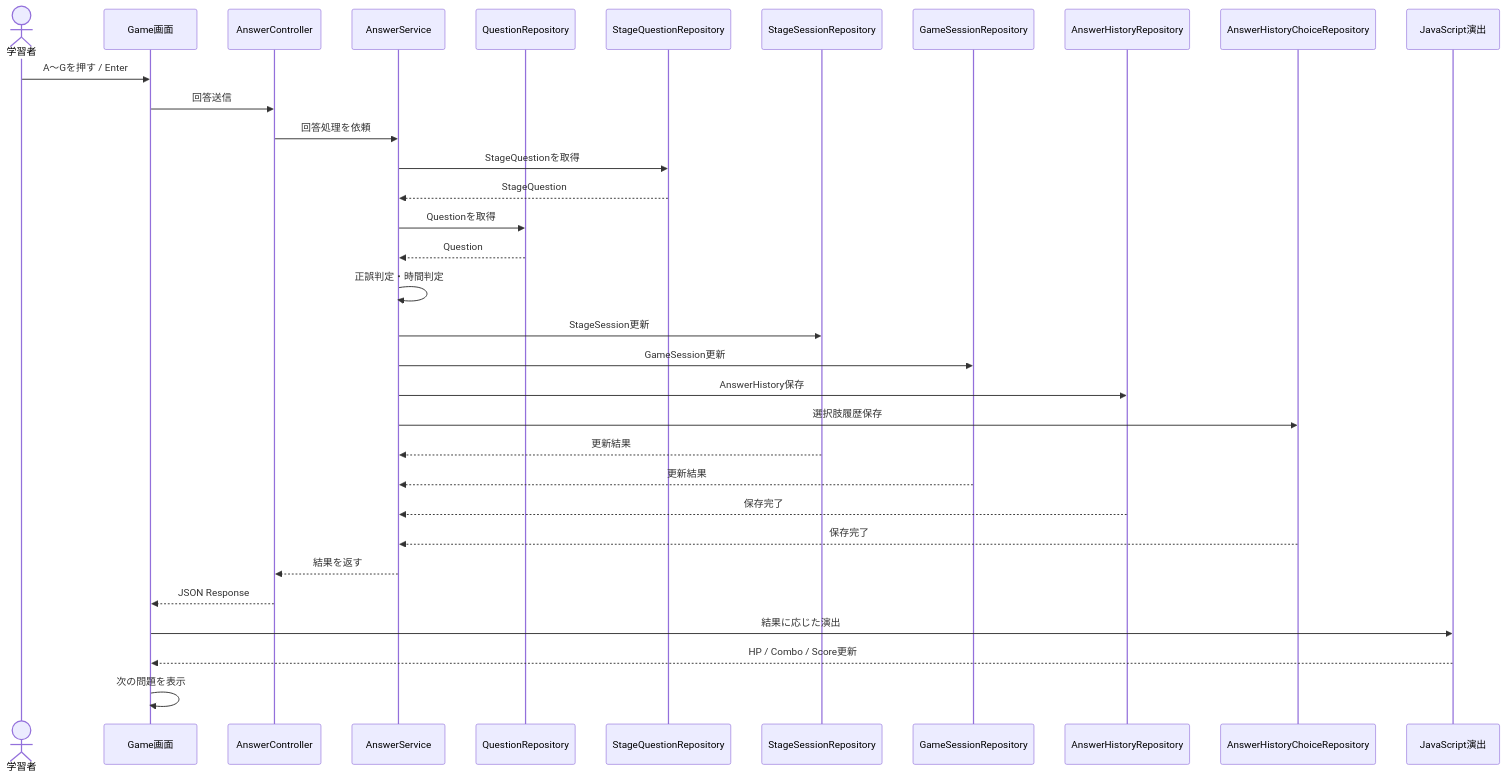
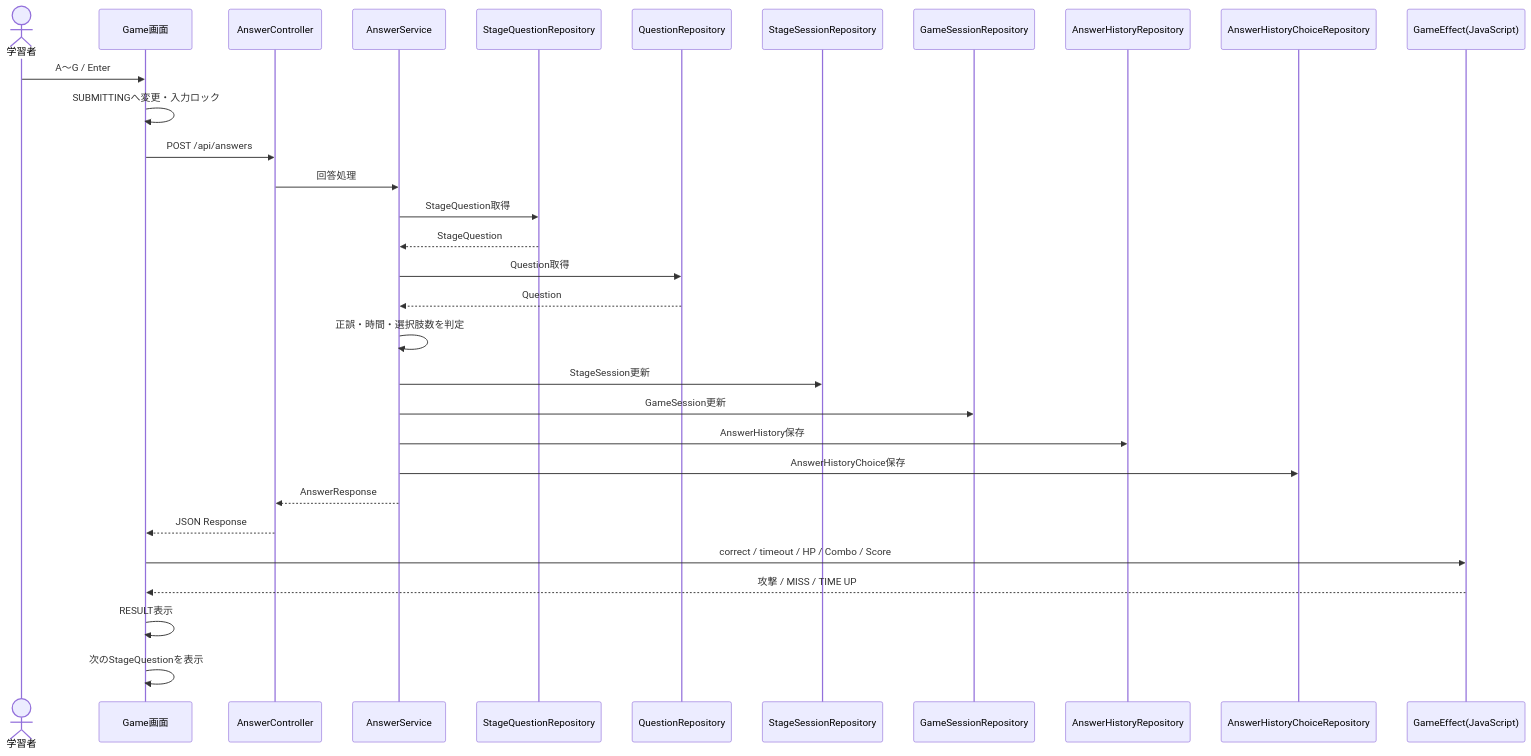
Before and after one commit to suu-dev-0203/graduation_JAVAgame: diagram 20 of 30 in README.md, drawn with Mermaid. The commit also changed other lines of this file, not shown here.

````diff
--- a/README.md
+++ b/README.md
@@ -636,36 +773,34 @@
 ```mermaid
 sequenceDiagram
     actor User as 学習者
     participant UI as Game画面
     participant AC as AnswerController
     participant AS as AnswerService
+    participant SQR as StageQuestionRepository
     participant QR as QuestionRepository
-    participant SQR as StageQuestionRepository
     participant SR as StageSessionRepository
     participant GR as GameSessionRepository
     participant HR as AnswerHistoryRepository
     participant HCR as AnswerHistoryChoiceRepository
-    participant JS as JavaScript演出
+    participant JS as GameEffect(JavaScript)
 
-    User->>UI: A～Gを押す / Enter
-    UI->>AC: 回答送信
-    AC->>AS: 回答処理を依頼
-    AS->>SQR: StageQuestionを取得
+    User->>UI: A～G / Enter
+    UI->>UI: SUBMITTINGへ変更・入力ロック
+    UI->>AC: POST /api/answers
+    AC->>AS: 回答処理
+    AS->>SQR: StageQuestion取得
     SQR-->>AS: StageQuestion
-    AS->>QR: Questionを取得
+    AS->>QR: Question取得
     QR-->>AS: Question
-    AS->>AS: 正誤判定・時間判定
+    AS->>AS: 正誤・時間・選択肢数を判定
     AS->>SR: StageSession更新
     AS->>GR: GameSession更新
     AS->>HR: AnswerHistory保存
-    AS->>HCR: 選択肢履歴保存
-    SR-->>AS: 更新結果
-    GR-->>AS: 更新結果
-    HR-->>AS: 保存完了
-    HCR-->>AS: 保存完了
-    AS-->>AC: 結果を返す
+    AS->>HCR: AnswerHistoryChoice保存
+    AS-->>AC: AnswerResponse
     AC-->>UI: JSON Response
-    UI->>JS: 結果に応じた演出
-    JS-->>UI: HP / Combo / Score更新
-    UI->>UI: 次の問題を表示
+    UI->>JS: correct / timeout / HP / Combo / Score
+    JS-->>UI: 攻撃 / MISS / TIME UP
+    UI->>UI: RESULT表示
+    UI->>UI: 次のStageQuestionを表示
 ```
````
